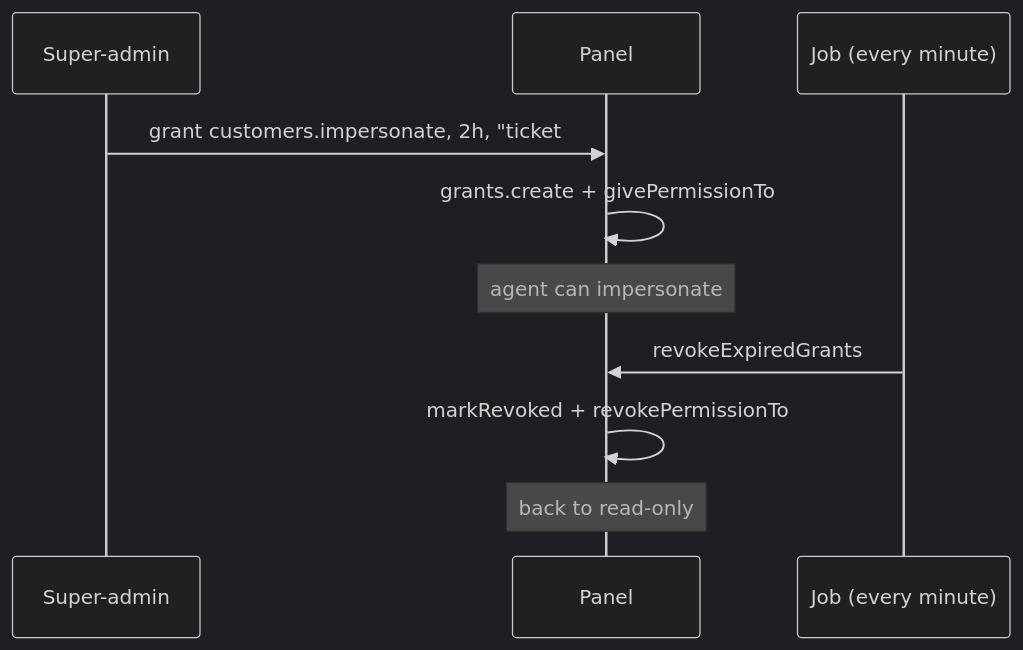
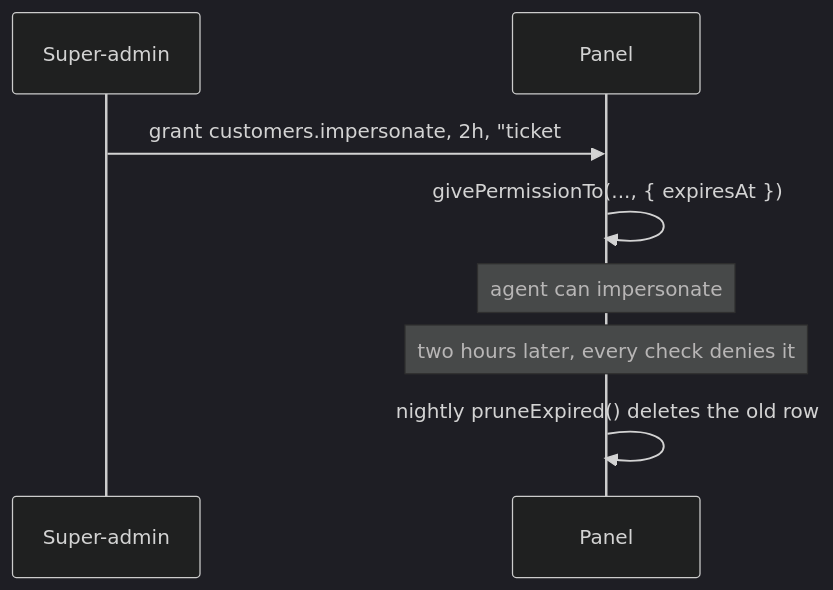
Before and after one commit to AniEvo-ID/rbac-evolution: the diagram in docs/use-cases/internal-tools.md, drawn with Mermaid (dark theme). The commit also changed other lines of this file and 80 other files, not shown here.

````diff
--- a/docs/use-cases/internal-tools.md
+++ b/docs/use-cases/internal-tools.md
@@ -195,12 +172,10 @@
 ```mermaid
 sequenceDiagram
   participant SA as Super-admin
   participant P as Panel
-  participant J as Job (every minute)
   SA->>P: grant customers.impersonate, 2h, "ticket #4521"
-  P->>P: grants.create + givePermissionTo
+  P->>P: givePermissionTo(..., { expiresAt })
   Note over P: agent can impersonate
-  J->>P: revokeExpiredGrants
-  P->>P: markRevoked + revokePermissionTo
-  Note over P: back to read-only
+  Note over P: two hours later, every check denies it
+  P->>P: nightly pruneExpired() deletes the old row
 ```
````
